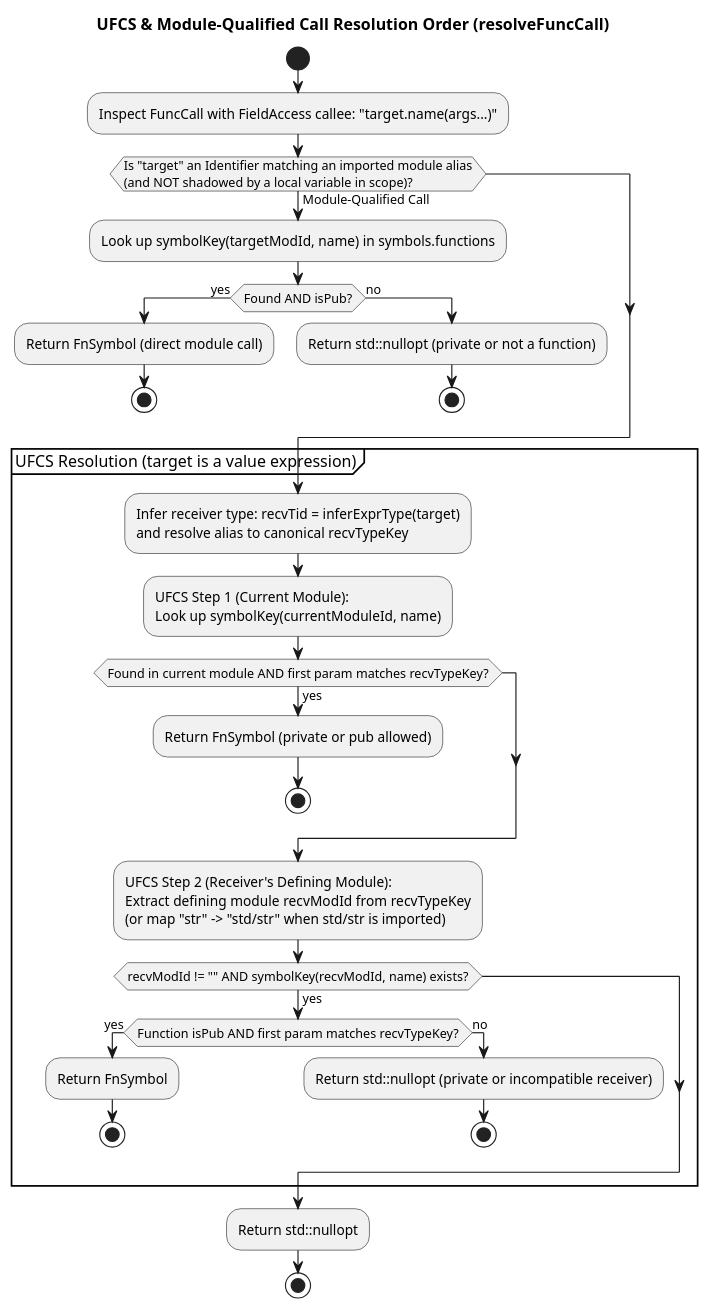
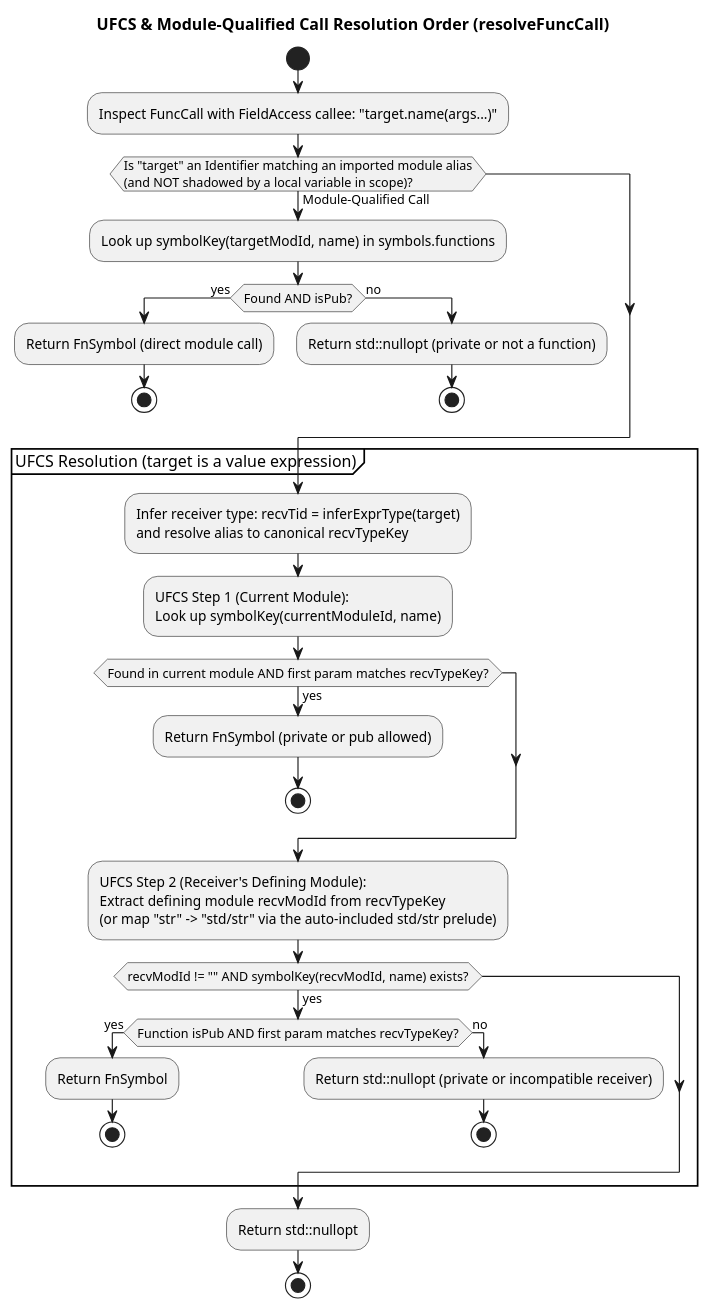
Before and after one commit to lawson89/clean_basic: the second of 2 diagrams in docs/semantic_analyzer.md, drawn with PlantUML. The commit also changed other lines of this file and 13 other files, not shown here.

Commit message:
Auto-Included std/str Prelude, bytes.fromHex Receiver Cleanup & Safe Container/Buffer Operations

````diff
--- a/docs/semantic_analyzer.md
+++ b/docs/semantic_analyzer.md
@@ -167,49 +169,49 @@
 ```plantuml
 @startuml
 skinparam monochrome false
 title UFCS & Module-Qualified Call Resolution Order (resolveFuncCall)
 
 start
 :Inspect FuncCall with FieldAccess callee: "target.name(args...)";
 
 if (Is "target" an Identifier matching an imported module alias
 (and NOT shadowed by a local variable in scope)?) then (Module-Qualified Call)
   :Look up symbolKey(targetModId, name) in symbols.functions;
   if (Found AND isPub?) then (yes)
     :Return FnSymbol (direct module call);
     stop
   else (no)
     :Return std::nullopt (private or not a function);
     stop
   endif
 endif
 
 partition "UFCS Resolution (target is a value expression)" {
   :Infer receiver type: recvTid = inferExprType(target)
   and resolve alias to canonical recvTypeKey;
 
   :UFCS Step 1 (Current Module):
   Look up symbolKey(currentModuleId, name);
   if (Found in current module AND first param matches recvTypeKey?) then (yes)
     :Return FnSymbol (private or pub allowed);
     stop
   endif
 
   :UFCS Step 2 (Receiver's Defining Module):
   Extract defining module recvModId from recvTypeKey
-  (or map "str" -> "std/str" when std/str is imported);
+  (or map "str" -> "std/str" via the auto-included std/str prelude);
   if (recvModId != "" AND symbolKey(recvModId, name) exists?) then (yes)
     if (Function isPub AND first param matches recvTypeKey?) then (yes)
       :Return FnSymbol;
       stop
     else (no)
       :Return std::nullopt (private or incompatible receiver);
       stop
     endif
   endif
 }
 
 :Return std::nullopt;
 stop
 @enduml
 ```
````
